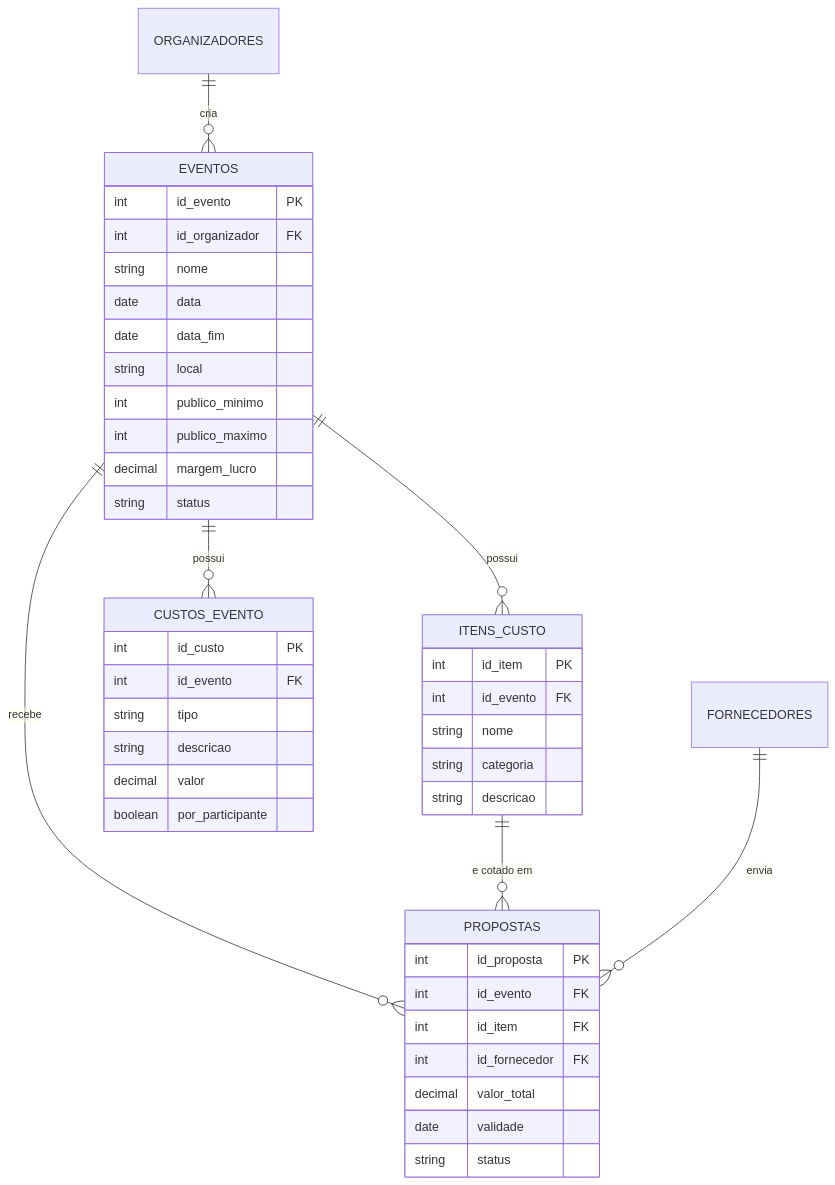
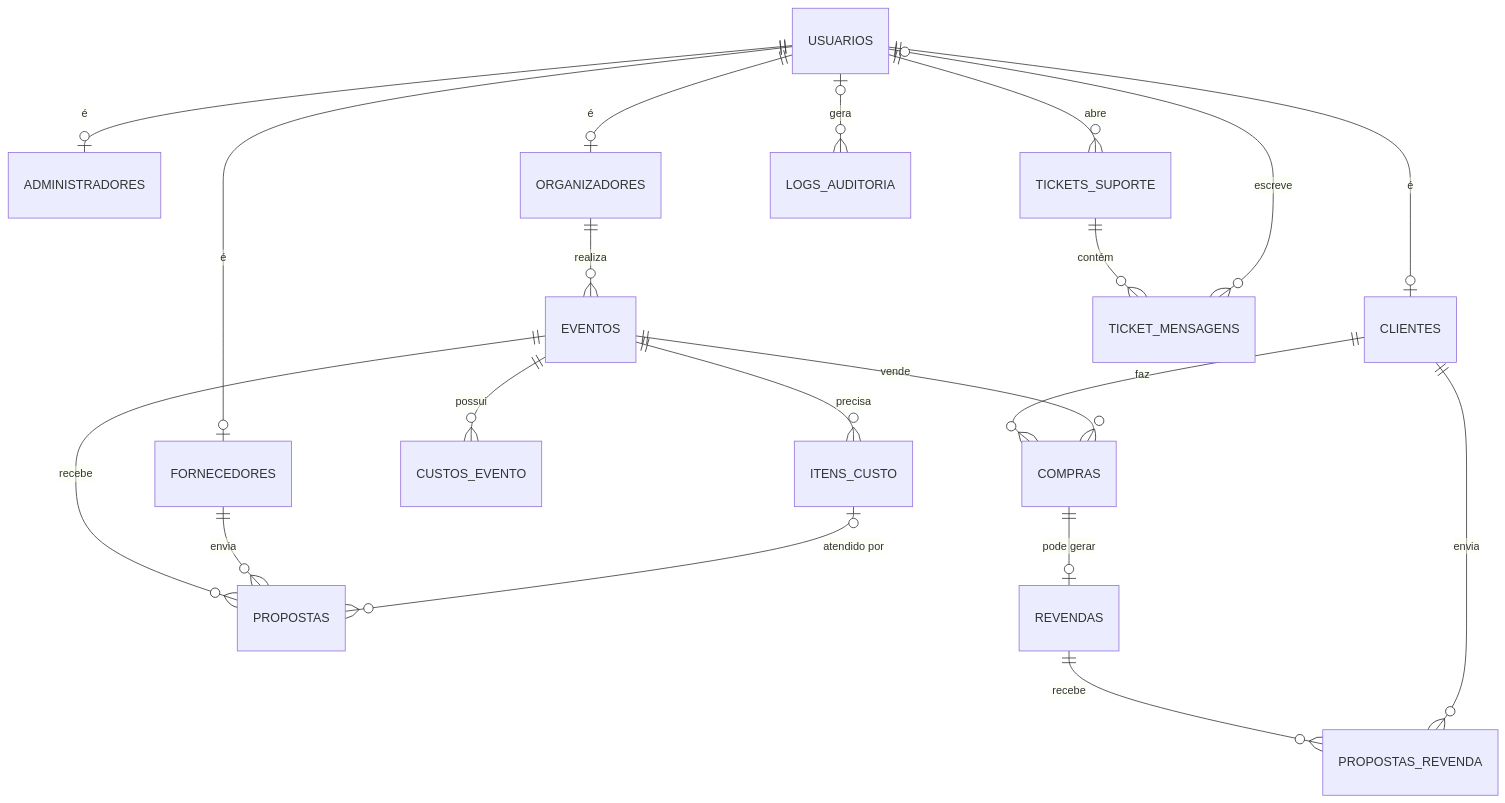
Before and after one commit to 2026-2-MCC2/Projeto4: the diagram in documentos/entrega2/Projetos em Banco de Dados/README.md, drawn with Mermaid. The commit also changed other lines of this file, not shown here.

````diff
--- a/documentos/entrega2/Projetos em Banco de Dados/README.md
+++ b/documentos/entrega2/Projetos em Banco de Dados/README.md
@@ -13,46 +9,22 @@
 ```mermaid
 erDiagram
-    ORGANIZADORES ||--o{ EVENTOS : "cria"
-    EVENTOS ||--o{ ITENS_CUSTO : "possui"
+    USUARIOS ||--o| ADMINISTRADORES : "é"
+    USUARIOS ||--o| ORGANIZADORES : "é"
+    USUARIOS ||--o| CLIENTES : "é"
+    USUARIOS ||--o| FORNECEDORES : "é"
+    ORGANIZADORES ||--o{ EVENTOS : "realiza"
+    EVENTOS ||--o{ ITENS_CUSTO : "precisa"
     EVENTOS ||--o{ CUSTOS_EVENTO : "possui"
     EVENTOS ||--o{ PROPOSTAS : "recebe"
-    ITENS_CUSTO ||--o{ PROPOSTAS : "e cotado em"
     FORNECEDORES ||--o{ PROPOSTAS : "envia"
-
-    EVENTOS {
-        int id_evento PK
-        int id_organizador FK
-        string nome
-        date data
-        date data_fim
-        string local
-        int publico_minimo
-        int publico_maximo
-        decimal margem_lucro
-        string status
-    }
-    ITENS_CUSTO {
-        int id_item PK
-        int id_evento FK
-        string nome
-        string categoria
-        string descricao
-    }
-    CUSTOS_EVENTO {
-        int id_custo PK
-        int id_evento FK
-        string tipo
-        string descricao
-        decimal valor
-        boolean por_participante
-    }
-    PROPOSTAS {
-        int id_proposta PK
-        int id_evento FK
-        int id_item FK
-        int id_fornecedor FK
-        decimal valor_total
-        date validade
-        string status
-    }
+    ITENS_CUSTO |o--o{ PROPOSTAS : "atendido por"
+    CLIENTES ||--o{ COMPRAS : "faz"
+    EVENTOS ||--o{ COMPRAS : "vende"
+    COMPRAS ||--o| REVENDAS : "pode gerar"
+    REVENDAS ||--o{ PROPOSTAS_REVENDA : "recebe"
+    CLIENTES ||--o{ PROPOSTAS_REVENDA : "envia"
+    USUARIOS ||--o{ TICKETS_SUPORTE : "abre"
+    TICKETS_SUPORTE ||--o{ TICKET_MENSAGENS : "contém"
+    USUARIOS |o--o{ TICKET_MENSAGENS : "escreve"
+    USUARIOS |o--o{ LOGS_AUDITORIA : "gera"
 ```
````
